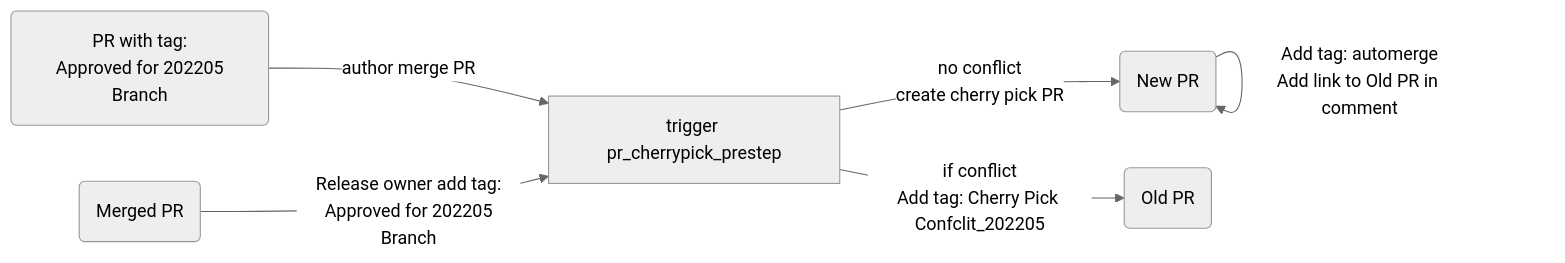
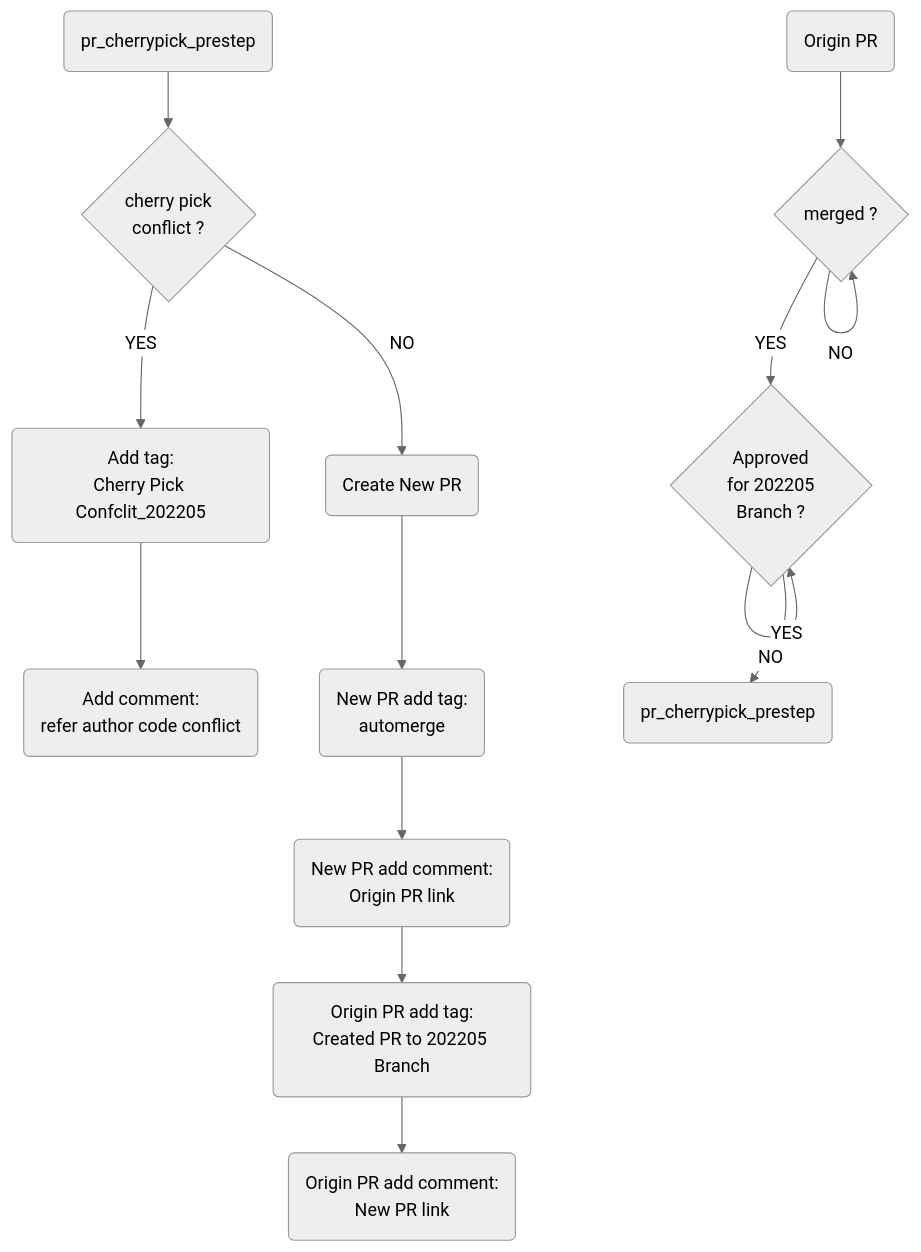
Before and after one commit to liushilongbuaa/sonic-buildimage: the first of 3 diagrams in .github/workflows/README.md, drawn with Mermaid (neutral theme). The commit also changed other lines of this file, not shown here.

````diff
--- a/.github/workflows/README.md
+++ b/.github/workflows/README.md
@@ -8,10 +8,12 @@
 ```mermaid
-graph LR
-A(PR with tag:<br> Approved for 202205 Branch)
-B(Merged PR)
-A -- author merge PR --> C[trigger pr_cherrypick_prestep]
-B -- Release owner add tag:<br> Approved for 202205 Branch --> C
-C --no conflict<br> create cherry pick PR --> D(New PR)
-C -- if conflict<br>Add tag: Cherry Pick Confclit_202205 --> F(Old PR)
-D -- Add tag: automerge<br>Add link to Old PR in comment --> D
+graph
+Start(Origin PR) --> A{merged ?}
+A -- NO --> A
+A -- YES --> A1{Approved<br> for 202205<br> Branch ?}
+A1 -- NO --> A1
+A1 -- YES --> A2(pr_cherrypick_prestep)
+B(pr_cherrypick_prestep)
+B -->  B1{cherry pick<br>conflict ?}
+B1 -- YES --> B2(Add tag:<br>Cherry Pick Confclit_202205) --> B3(Add comment:<br>refer author code conflict)
+B1 -- NO --> B4(Create New PR) --> B5(New PR add tag:<br> automerge) --> B6(New PR add comment:<br>Origin PR link) --> B7(Origin PR add tag:<br>Created PR to 202205 Branch) --> B8(Origin PR add comment:<br>New PR link)
 ```
````
